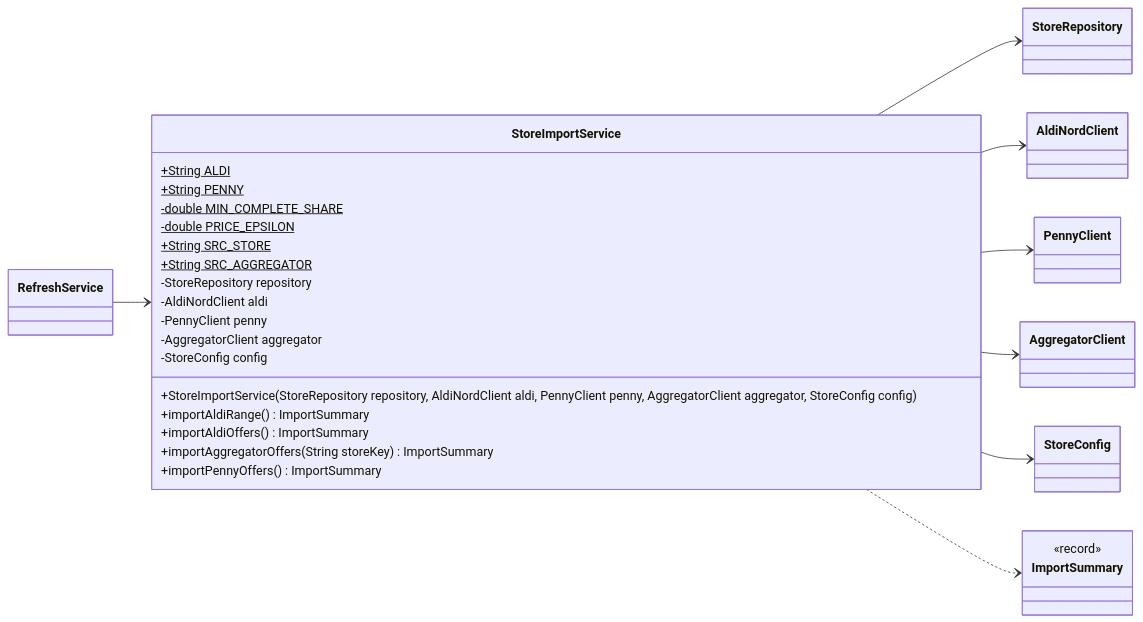
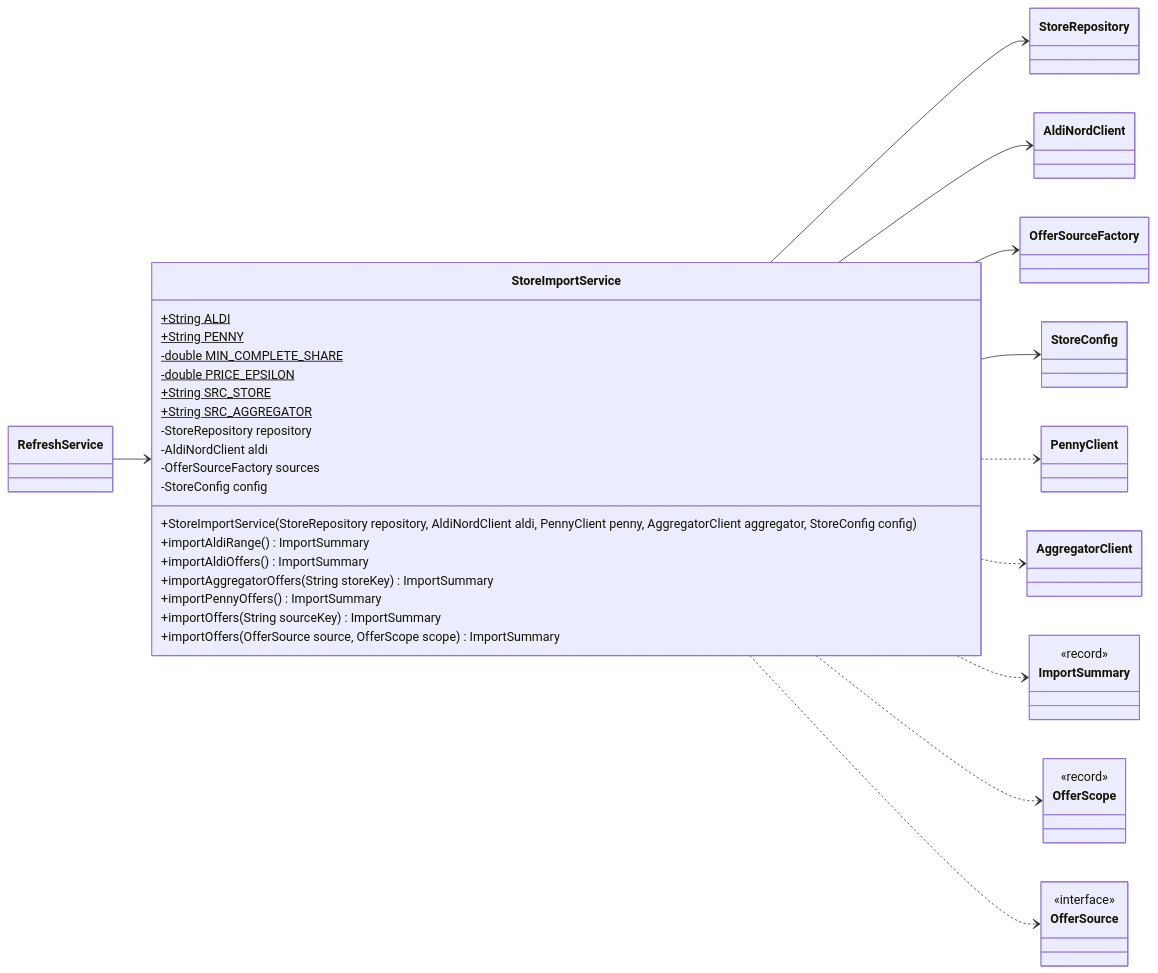
One commit to Nate-ryan-7690/dahaem changed diagram 38 of 48 in docs/classes/stores.md. Above: the diagram before and after it, drawn with Mermaid. The commit also changed other lines of this file and 1 other file, not shown here.

First line of the commit message:
Regenerate class docs for the OfferSource types

````diff
--- a/docs/classes/stores.md
+++ b/docs/classes/stores.md
@@ -1531,38 +1865,49 @@
 ```mermaid
 classDiagram
     direction LR
     class stores_StoreImportService["StoreImportService"] {
         +String ALDI$
         +String PENNY$
         -double MIN_COMPLETE_SHARE$
         -double PRICE_EPSILON$
         +String SRC_STORE$
         +String SRC_AGGREGATOR$
         -StoreRepository repository
         -AldiNordClient aldi
-        -PennyClient penny
-        -AggregatorClient aggregator
+        -OfferSourceFactory sources
         -StoreConfig config
         +StoreImportService(StoreRepository repository, AldiNordClient aldi, PennyClient penny, AggregatorClient aggregator, StoreConfig config)
         +importAldiRange() ImportSummary
         +importAldiOffers() ImportSummary
         +importAggregatorOffers(String storeKey) ImportSummary
         +importPennyOffers() ImportSummary
+        +importOffers(String sourceKey) ImportSummary
+        +importOffers(OfferSource source, OfferScope scope) ImportSummary
     }
     class stores_StoreRepository["StoreRepository"]
     class stores_AldiNordClient["AldiNordClient"]
+    class stores_OfferSourceFactory["OfferSourceFactory"]
+    class stores_StoreConfig["StoreConfig"]
+    class stores_RefreshService["RefreshService"]
     class stores_PennyClient["PennyClient"]
     class stores_AggregatorClient["AggregatorClient"]
-    class stores_StoreConfig["StoreConfig"]
-    class stores_RefreshService["RefreshService"]
     class stores_ImportSummary["ImportSummary"] {
         <<record>>
     }
+    class stores_OfferScope["OfferScope"] {
+        <<record>>
+    }
+    class stores_OfferSource["OfferSource"] {
+        <<interface>>
+    }
     stores_StoreImportService --> stores_StoreRepository
     stores_StoreImportService --> stores_AldiNordClient
-    stores_StoreImportService --> stores_PennyClient
-    stores_StoreImportService --> stores_AggregatorClient
+    stores_StoreImportService --> stores_OfferSourceFactory
     stores_StoreImportService --> stores_StoreConfig
+    stores_StoreImportService ..> stores_PennyClient
+    stores_StoreImportService ..> stores_AggregatorClient
     stores_StoreImportService ..> stores_ImportSummary
+    stores_StoreImportService ..> stores_OfferScope
+    stores_StoreImportService ..> stores_OfferSource
     stores_RefreshService --> stores_StoreImportService
 ```
````
